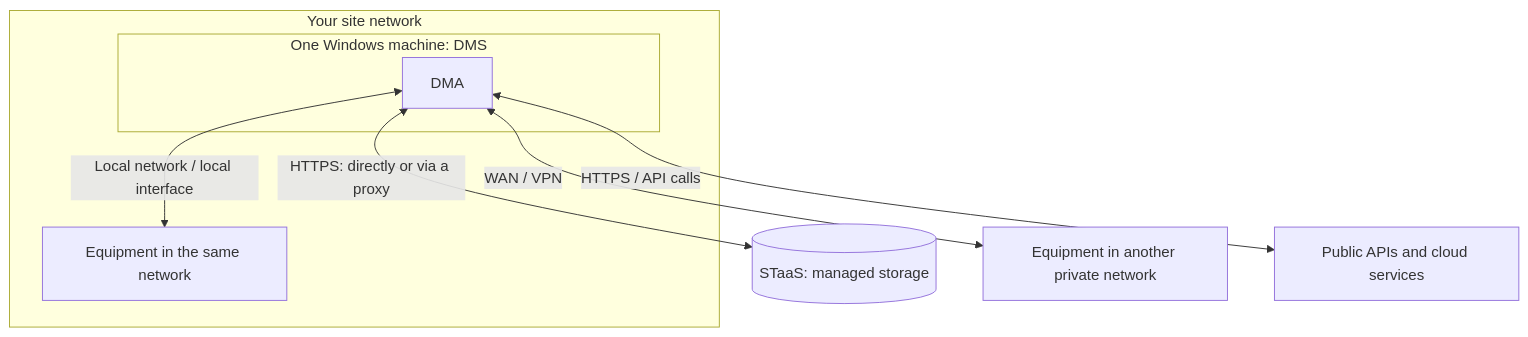
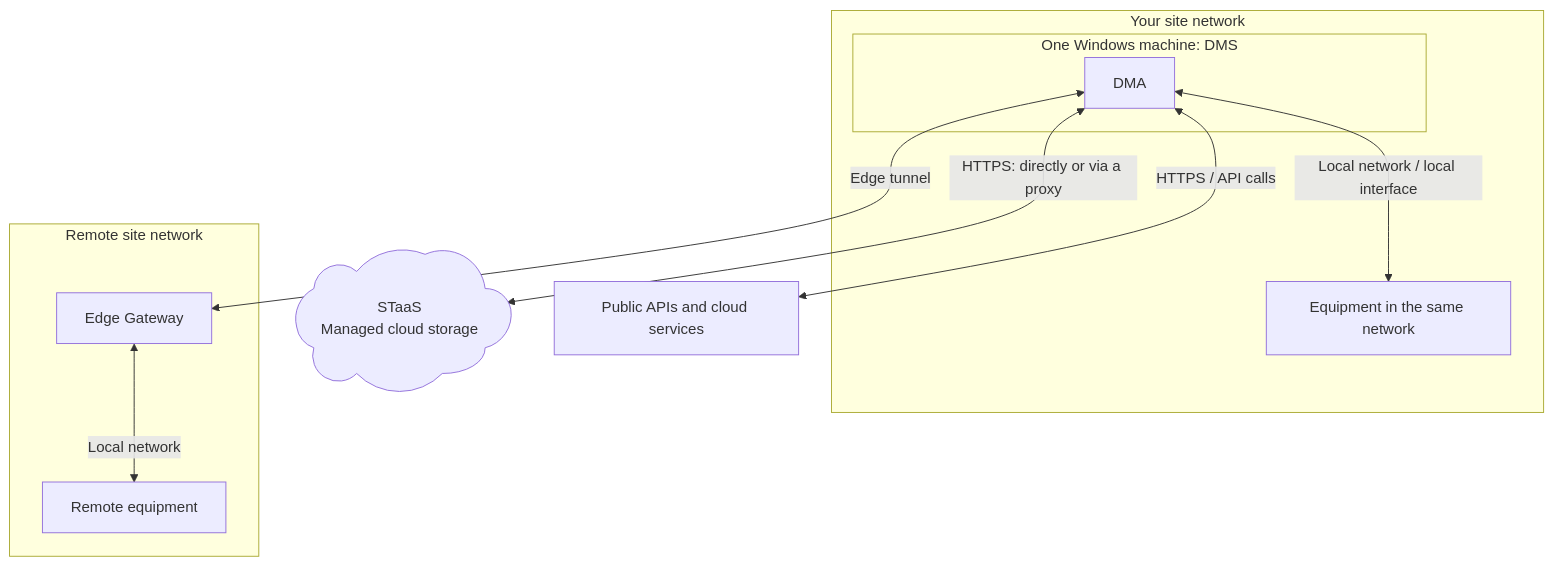
Before and after one commit to SkylineCommunications/dataminer-docs: the second of 3 diagrams in dataminer/About_DataMiner/System_architectures/Topologies/Architecture_single_agent.md, drawn with Mermaid. The commit also changed other lines of this file and 9 other files, not shown here.

Commit message:
Clarify cloud-hosted DaaS and connectivity diagrams

````diff
--- a/dataminer/About_DataMiner/System_architectures/Topologies/Architecture_single_agent.md
+++ b/dataminer/About_DataMiner/System_architectures/Topologies/Architecture_single_agent.md
@@ -56,16 +52,20 @@
 ```mermaid
 flowchart TB
     subgraph Site["Your site network"]
         subgraph Box["One Windows machine: DMS"]
             D["DMA"]
         end
         L["Equipment in the same network"]
     end
-    S[("STaaS: managed storage")]
-    R["Equipment in another private network"]
+    S@{ shape: cloud, label: "STaaS<br/>Managed cloud storage" }
+    subgraph Remote["Remote site network"]
+        G["Edge Gateway"]
+        R["Remote equipment"]
+    end
     P["Public APIs and cloud services"]
     D <-->|"Local network / local interface"| L
-    D <-->|"WAN / VPN"| R
+    D <-->|"Edge tunnel"| G
+    G <-->|"Local network"| R
     D <-->|"HTTPS / API calls"| P
     D <-->|"HTTPS: directly or via a proxy"| S
 ```
````
